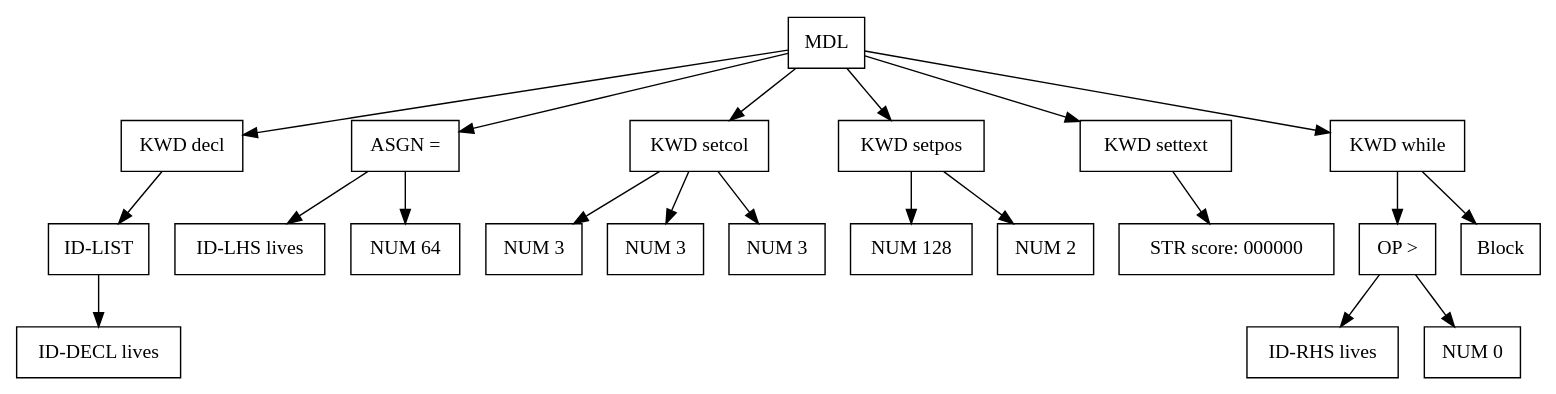
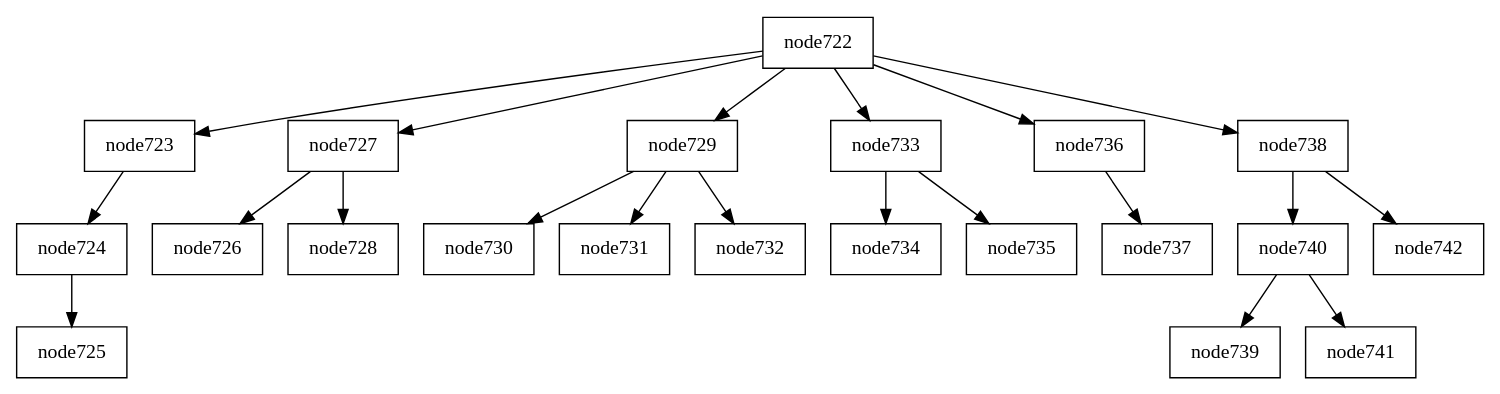
One commit to seanbutler/Morris changed the diagram in assets/code/score.src.gv. Above: the diagram before and after it, drawn with Graphviz. The commit also changed 40 other files, not shown here.

```diff
--- a/assets/code/score.src.gv
+++ b/assets/code/score.src.gv
@@ -1,65 +1,65 @@
 digraph G {
 node [shape = circle];
-node624 [ uuid = "f4083949-eaf2-47b8-ab9a-dc90b492821a" shape = "record" label = "MDL
+node722 [ uuid = "9106bd2a-6d6a-459d-b847-87a8db24ef2e" shape = "record" layer = "MDL
  " ];
-node625 [ uuid = "629ad6f8-fecd-4a34-b279-28adca26c87f" shape = "record" label = "KWD
+node723 [ uuid = "3e331539-fbee-4412-9fbf-f20f6009808a" shape = "record" layer = "KWD
  decl" ];
-node626 [ uuid = "88d9071f-9a9e-4666-8fc3-23beb3218adb" shape = "record" label = "ID-LIST
+node724 [ uuid = "23ccb1df-0205-4f54-ae04-c476ba13ae15" shape = "record" layer = "ID-LIST
  " ];
-node627 [ uuid = "907241b9-ea36-4886-94ff-564b173e781f" shape = "record" label = "ID-DECL
+node725 [ uuid = "14f21e13-82d6-492d-b3b3-3a64c7438679" shape = "record" layer = "ID-DECL
  lives" ];
-node626 -> node627;
-node625 -> node626;
-node624 -> node625;
-node629 [ uuid = "911b0fa7-d6a7-4e96-abb4-7872251aeb91" shape = "record" label = "ASGN
+node724 -> node725;
+node723 -> node724;
+node722 -> node723;
+node727 [ uuid = "eb00e8db-d837-47e6-9de7-f1931f23bde1" shape = "record" layer = "ASGN
  =" ];
-node628 [ uuid = "8a0d8920-57a6-4dd1-a3b8-b3d2d95cf999" shape = "record" label = "ID-LHS
+node726 [ uuid = "f40cbd41-de70-4b5a-9712-ee17612d3815" shape = "record" layer = "ID-LHS
  lives" ];
-node629 -> node628;
-node630 [ uuid = "d3f8668b-c119-437f-a3a3-83e845096461" shape = "record" label = "NUM
+node727 -> node726;
+node728 [ uuid = "616616cf-a17b-4003-b7a7-235dfcf8da96" shape = "record" layer = "NUM
  64" ];
-node629 -> node630;
-node624 -> node629;
-node631 [ uuid = "9cc5cd40-5888-4069-bb85-5f64bae52482" shape = "record" label = "KWD
+node727 -> node728;
+node722 -> node727;
+node729 [ uuid = "3501b954-ff14-401c-a760-8cadb35eb973" shape = "record" layer = "KWD
  setcol" ];
-node632 [ uuid = "eb151bac-4861-482a-80f6-b70ba189467e" shape = "record" label = "NUM
+node730 [ uuid = "ae906550-038e-46e6-9f58-278287a4c80c" shape = "record" layer = "NUM
  3" ];
-node631 -> node632;
-node633 [ uuid = "445a917a-8825-4951-a7f4-14a848fce567" shape = "record" label = "NUM
+node729 -> node730;
+node731 [ uuid = "b913b91d-5824-4b43-808d-d0682c62ede2" shape = "record" layer = "NUM
  3" ];
-node631 -> node633;
-node634 [ uuid = "090fd771-b1d9-4b78-b68f-7b2a8092ccbf" shape = "record" label = "NUM
+node729 -> node731;
+node732 [ uuid = "2363380f-7c03-482a-80be-65c44e02e392" shape = "record" layer = "NUM
  3" ];
-node631 -> node634;
-node624 -> node631;
-node635 [ uuid = "e459faf5-81c5-4f9d-bd42-87d8d2fe433f" shape = "record" label = "KWD
+node729 -> node732;
+node722 -> node729;
+node733 [ uuid = "3fd85cdc-ab97-4b1b-8e65-abf566bf6a2a" shape = "record" layer = "KWD
  setpos" ];
-node636 [ uuid = "bb944897-a228-4123-8e56-dd243f88ed31" shape = "record" label = "NUM
+node734 [ uuid = "1b14c295-6a2f-46c0-ad22-1ae1dec2a7dc" shape = "record" layer = "NUM
  128" ];
-node635 -> node636;
-node637 [ uuid = "8b54702a-78fe-4396-8828-f74bb90ae8d8" shape = "record" label = "NUM
+node733 -> node734;
+node735 [ uuid = "1357bae5-d171-4154-8bc5-b07657142af9" shape = "record" layer = "NUM
  2" ];
-node635 -> node637;
-node624 -> node635;
-node638 [ uuid = "226c1d19-22eb-4e30-b302-2d68198bd94c" shape = "record" label = "KWD
+node733 -> node735;
+node722 -> node733;
+node736 [ uuid = "d034c08c-9d40-47c5-960e-a3fefbb64f89" shape = "record" layer = "KWD
  settext" ];
-node639 [ uuid = "17083d73-0212-400a-ba74-b87f3c65ce6f" shape = "record" label = "STR
+node737 [ uuid = "840f720b-5f02-4bc2-9d0f-5fda631f4ad3" shape = "record" layer = "STR
  score: 000000" ];
-node638 -> node639;
-node624 -> node638;
-node640 [ uuid = "53769f73-502d-4897-9e33-709db76da0e1" shape = "record" label = "KWD
+node736 -> node737;
+node722 -> node736;
+node738 [ uuid = "41aa9ef9-fc56-46f3-bd59-f152ffee17ec" shape = "record" layer = "KWD
  while" ];
-node642 [ uuid = "a7b98080-ffdf-49d4-ae65-4788a08f0d24" shape = "record" label = "OP
+node740 [ uuid = "77343501-2780-4ff6-9651-b431ae60bc50" shape = "record" layer = "OP
  \>" ];
-node641 [ uuid = "6df62b5e-581e-4f0e-b5aa-211fab401ffa" shape = "record" label = "ID-RHS
+node739 [ uuid = "7d1ad5ac-2b51-457c-bbfc-51b193ab8c7e" shape = "record" layer = "ID-RHS
  lives" ];
-node642 -> node641;
-node643 [ uuid = "3cb9f5cd-98e5-444d-a73d-09bf79cdac00" shape = "record" label = "NUM
+node740 -> node739;
+node741 [ uuid = "6425716a-9ede-46f4-ac4b-222d55a8585e" shape = "record" layer = "NUM
  0" ];
-node642 -> node643;
-node640 -> node642;
-node644 [ uuid = "f6532164-1ab9-4888-8f84-9aedf7b927c7" shape = "record" label = "Block
+node740 -> node741;
+node738 -> node740;
+node742 [ uuid = "01b60f08-4195-4e2b-8fd4-9cfef5df1526" shape = "record" layer = "Block
  " ];
-node640 -> node644;
-node624 -> node640;
+node738 -> node742;
+node722 -> node738;
 }
```
